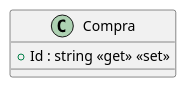
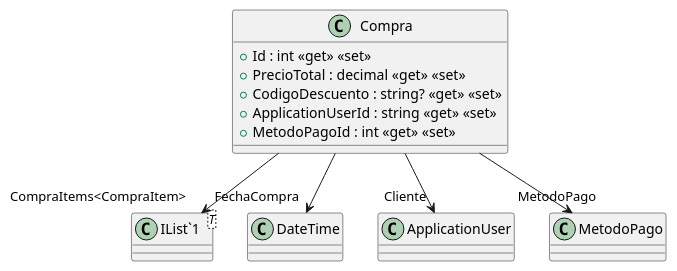
One commit to ISII2627JRJ/ISII2627JRJ changed the diagram in src/AppForSEII.API/ClassDiagram/Compra.puml. Above: the diagram before and after it, drawn with PlantUML. The commit also changed 3 other files, not shown here.

First line of the commit message:
Desarrollo de la clase compra y su diagrama #29 (#34)

```diff
--- a/src/AppForSEII.API/ClassDiagram/Compra.puml
+++ b/src/AppForSEII.API/ClassDiagram/Compra.puml
@@ -1,5 +1,15 @@
 @startuml
 class Compra {
-    + Id : string <<get>> <<set>>
+    + Id : int <<get>> <<set>>
+    + PrecioTotal : decimal <<get>> <<set>>
+    + CodigoDescuento : string? <<get>> <<set>>
+    + ApplicationUserId : string <<get>> <<set>>
+    + MetodoPagoId : int <<get>> <<set>>
 }
+class "IList`1"<T> {
+}
+Compra --> "FechaCompra" DateTime
+Compra --> "Cliente" ApplicationUser
+Compra --> "MetodoPago" MetodoPago
+Compra --> "CompraItems<CompraItem>" "IList`1"
 @enduml
```
